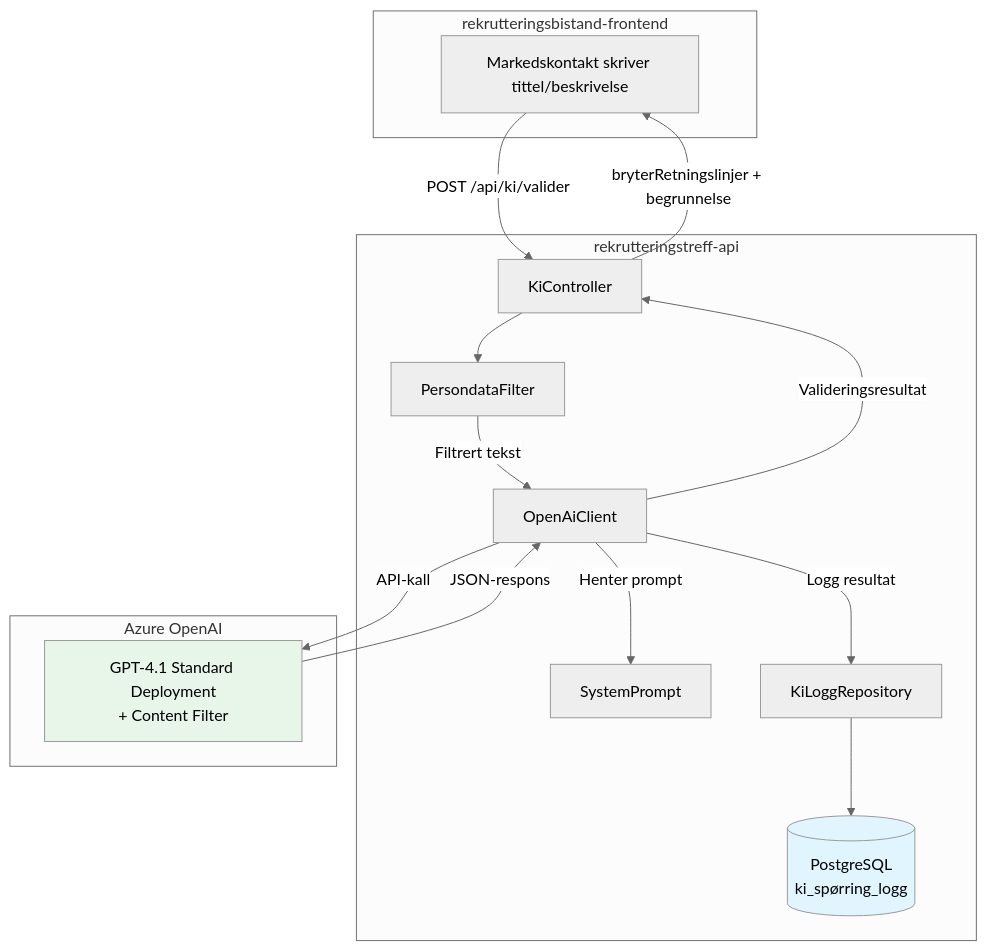
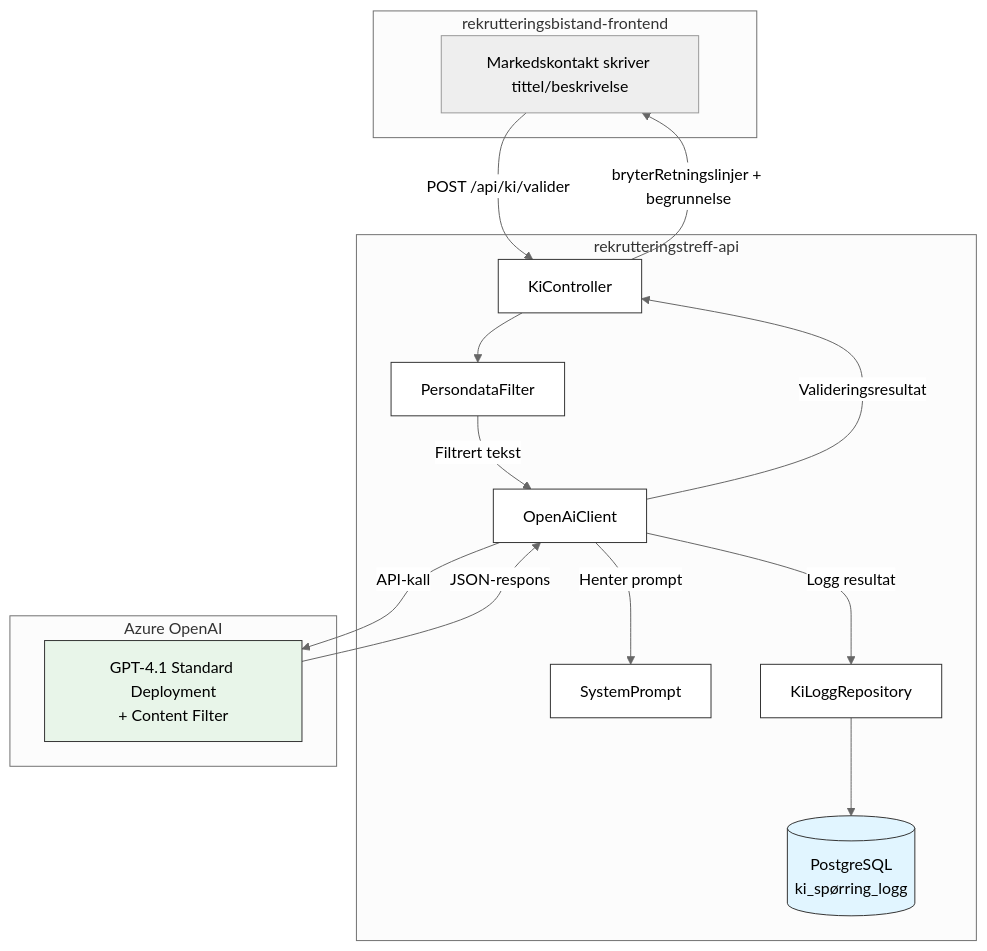
Before and after one commit to navikt/rekrutteringstreff-backend: the first of 5 diagrams in docs/5-ki/ki-moderering.md, drawn with Mermaid (neutral theme). The commit also changed other lines of this file, not shown here.

Commit message:
Forenkel ki modererings diagram

````diff
--- a/docs/5-ki/ki-moderering.md
+++ b/docs/5-ki/ki-moderering.md
@@ -18,33 +18,39 @@
 ```mermaid
 flowchart TB
     subgraph "rekrutteringsbistand-frontend"
         FE[Markedskontakt skriver tittel/beskrivelse]
     end
 
     subgraph "rekrutteringstreff-api"
         KC[KiController]
         OAC[OpenAiClient]
         PF[PersondataFilter]
         SP[SystemPrompt]
         KLR[KiLoggRepository]
         DB[(PostgreSQL<br/>ki_spørring_logg)]
     end
 
     subgraph "Azure OpenAI"
         AOAI[GPT-4.1 Standard Deployment<br/>+ Content Filter]
     end
 
     FE -->|POST /api/ki/valider| KC
     KC --> PF
     PF -->|Filtrert tekst| OAC
     OAC -->|Henter prompt| SP
     OAC -->|API-kall| AOAI
     AOAI -->|JSON-respons| OAC
     OAC -->|Logg resultat| KLR
     KLR --> DB
     OAC -->|Valideringsresultat| KC
     KC -->|bryterRetningslinjer + begrunnelse| FE
 
-    style AOAI fill:#e8f5e9
-    style DB fill:#e1f5ff
+    style AOAI fill:#e8f5e9,color:#000,stroke:#333
+    style DB fill:#e1f5ff,color:#000,stroke:#333
+
+    style KC fill:#fff,color:#000,stroke:#333
+    style OAC fill:#fff,color:#000,stroke:#333
+    style PF fill:#fff,color:#000,stroke:#333
+    style SP fill:#fff,color:#000,stroke:#333
+    style KLR fill:#fff,color:#000,stroke:#333
 ```
````
